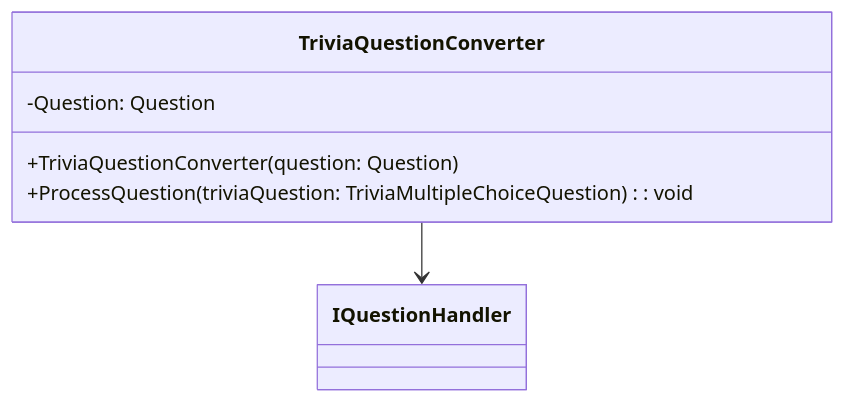
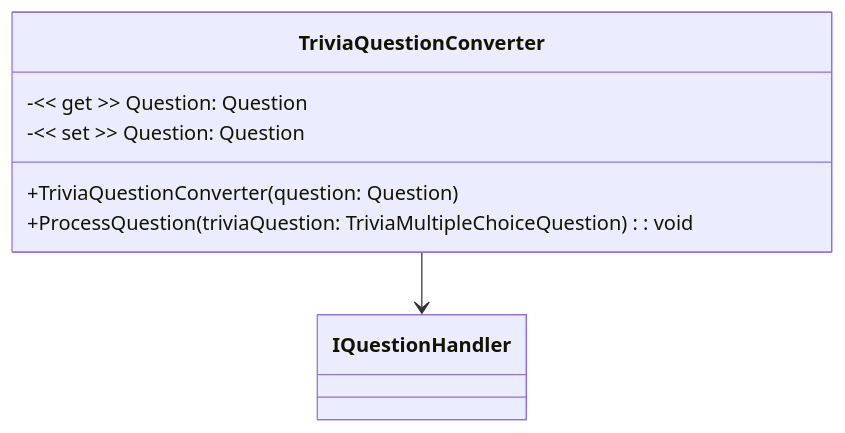
Before and after one commit to vives-oop1-2023/questionnaire-Robbedoes24: the seventh of 7 diagrams in README.md, drawn with Mermaid. The commit also changed other lines of this file, not shown here.

````diff
--- a/README.md
+++ b/README.md
@@ -234,9 +241,10 @@
 ```mermaid
     classDiagram
         class TriviaQuestionConverter {
             +TriviaQuestionConverter(question: Question)
             +ProcessQuestion(triviaQuestion: TriviaMultipleChoiceQuestion): void
-            -Question: Question
+            -<< get >> Question: Question
+            -<< set >> Question: Question
         }
         TriviaQuestionConverter --> IQuestionHandler
 ```
````
